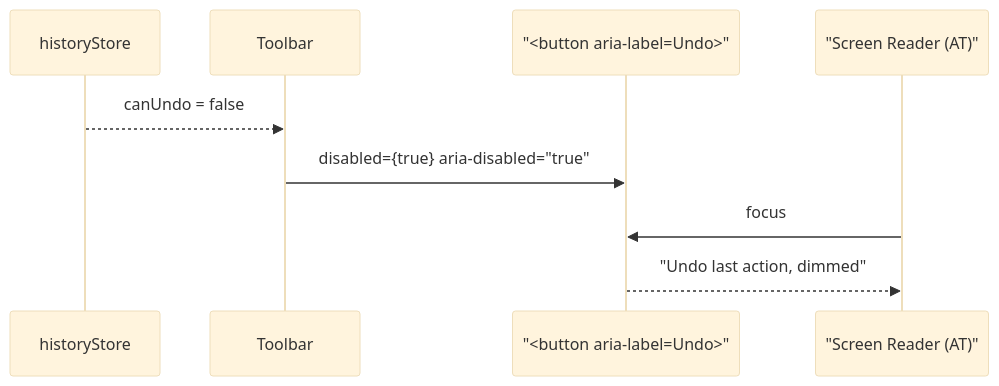
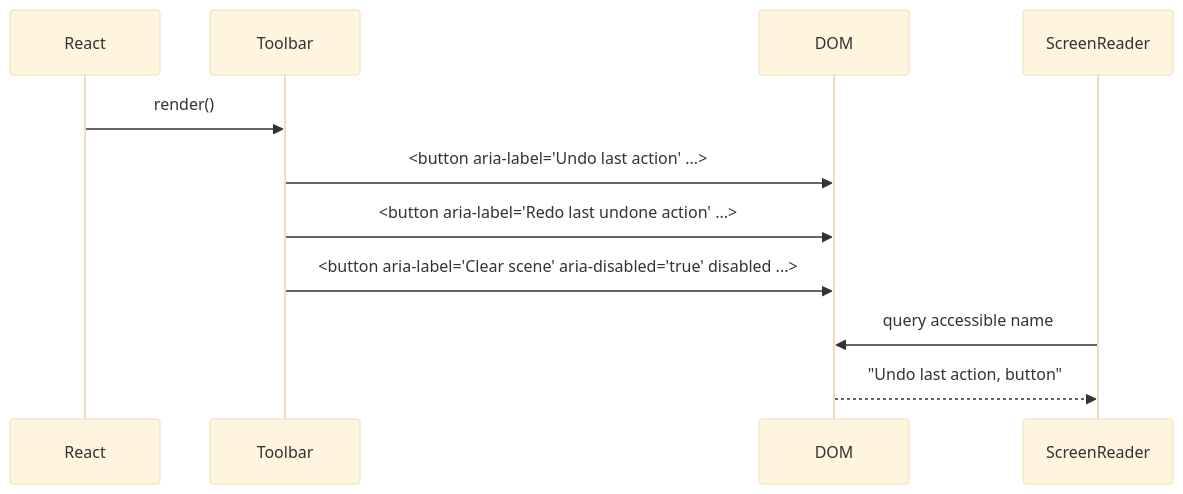
Before and after one commit to sreenivasmrpivot/legobuilder: the second of 3 diagrams in docs/features/NFR-A11Y-002/LOW_LEVEL_DESIGN.md, drawn with Mermaid (base theme). The commit also changed other lines of this file, not shown here.

First line of the commit message:
docs: LLD for NFR-A11Y-002 — Add ARIA labels to toolbar buttons and palette items; announce scene state changes

````diff
--- a/docs/features/NFR-A11Y-002/LOW_LEVEL_DESIGN.md
+++ b/docs/features/NFR-A11Y-002/LOW_LEVEL_DESIGN.md
@@ -230,12 +244,14 @@
 ```mermaid
 sequenceDiagram
-    participant historyStore
+    participant React
     participant Toolbar
-    participant UndoButton as "<button aria-label=Undo>"
-    participant ScreenReader as "Screen Reader (AT)"
+    participant DOM
+    participant ScreenReader
 
-    historyStore-->>Toolbar: canUndo = false
-    Toolbar->>UndoButton: disabled={true} aria-disabled="true"
-    ScreenReader->>UndoButton: focus
-    UndoButton-->>ScreenReader: "Undo last action, dimmed"
+    React->>Toolbar: render()
+    Toolbar->>DOM: <button aria-label="Undo last action" ...>
+    Toolbar->>DOM: <button aria-label="Redo last undone action" ...>
+    Toolbar->>DOM: <button aria-label="Clear scene" aria-disabled="true" disabled ...>
+    ScreenReader->>DOM: query accessible name
+    DOM-->>ScreenReader: "Undo last action, button"
 ```
````
